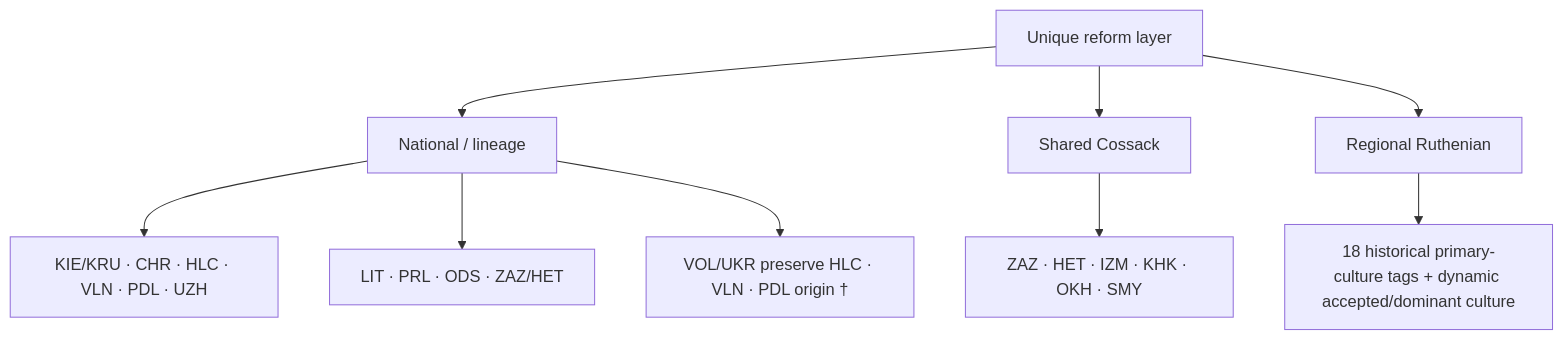
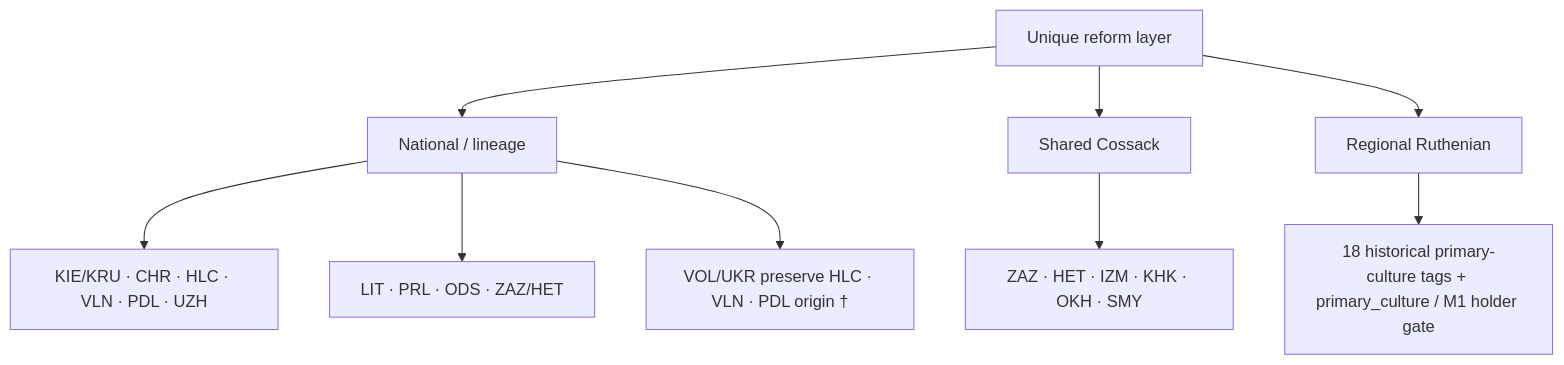
The first of 10 diagrams in docs/GOVERNMENT_REFORMS_MAP.uk.md (Yamtom/RIP), drawn with Mermaid before and after one commit. The commit also changed other lines of this file and 30 other files, not shown here.

````diff
--- a/docs/GOVERNMENT_REFORMS_MAP.uk.md
+++ b/docs/GOVERNMENT_REFORMS_MAP.uk.md
@@ -61,11 +62,11 @@
 ```mermaid
 flowchart TB
   U[Unique reform layer] --> N[National / lineage]
   U --> C[Shared Cossack]
   U --> R[Regional Ruthenian]
   N --> NK["KIE/KRU · CHR · HLC · VLN · PDL · UZH"]
   N --> NS["LIT · PRL · ODS · ZAZ/HET"]
   C --> CT["ZAZ · HET · IZM · KHK · OKH · SMY"]
-  R --> RT["18 historical primary-culture tags + dynamic accepted/dominant culture"]
+  R --> RT["18 historical primary-culture tags + primary_culture / M1 holder gate"]
   N --> F["VOL/UKR preserve HLC · VLN · PDL origin †"]
 ```
````
